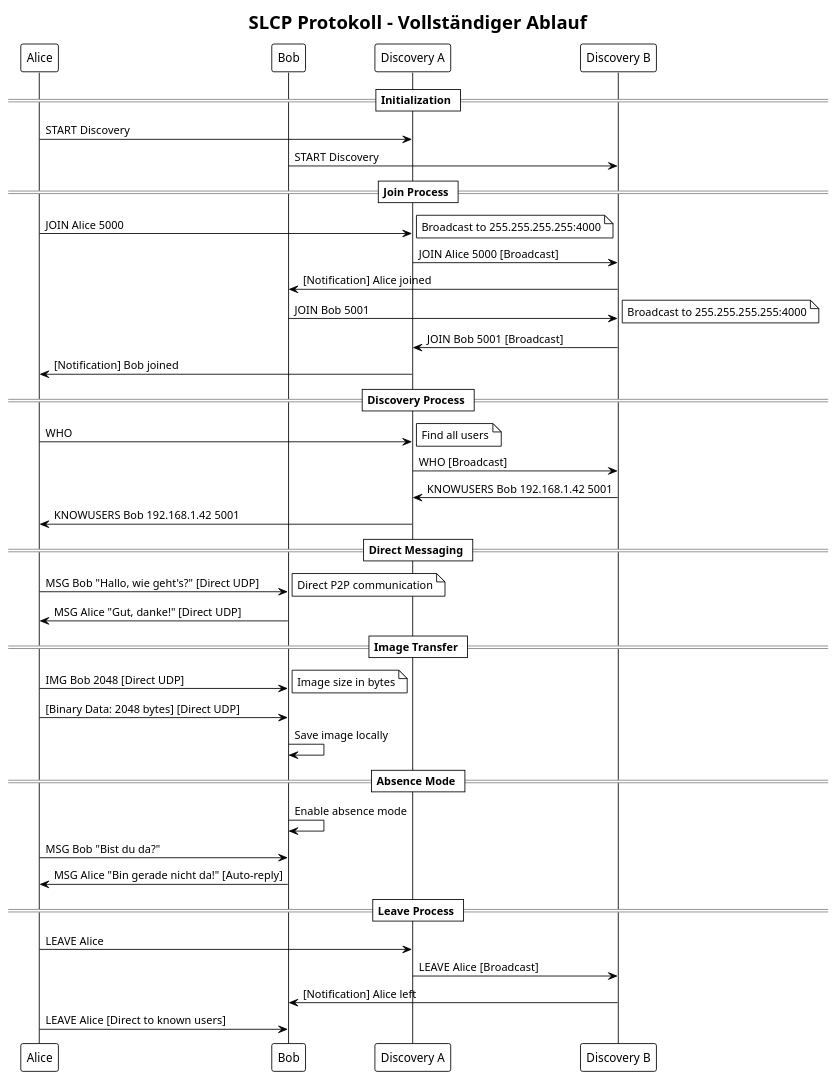
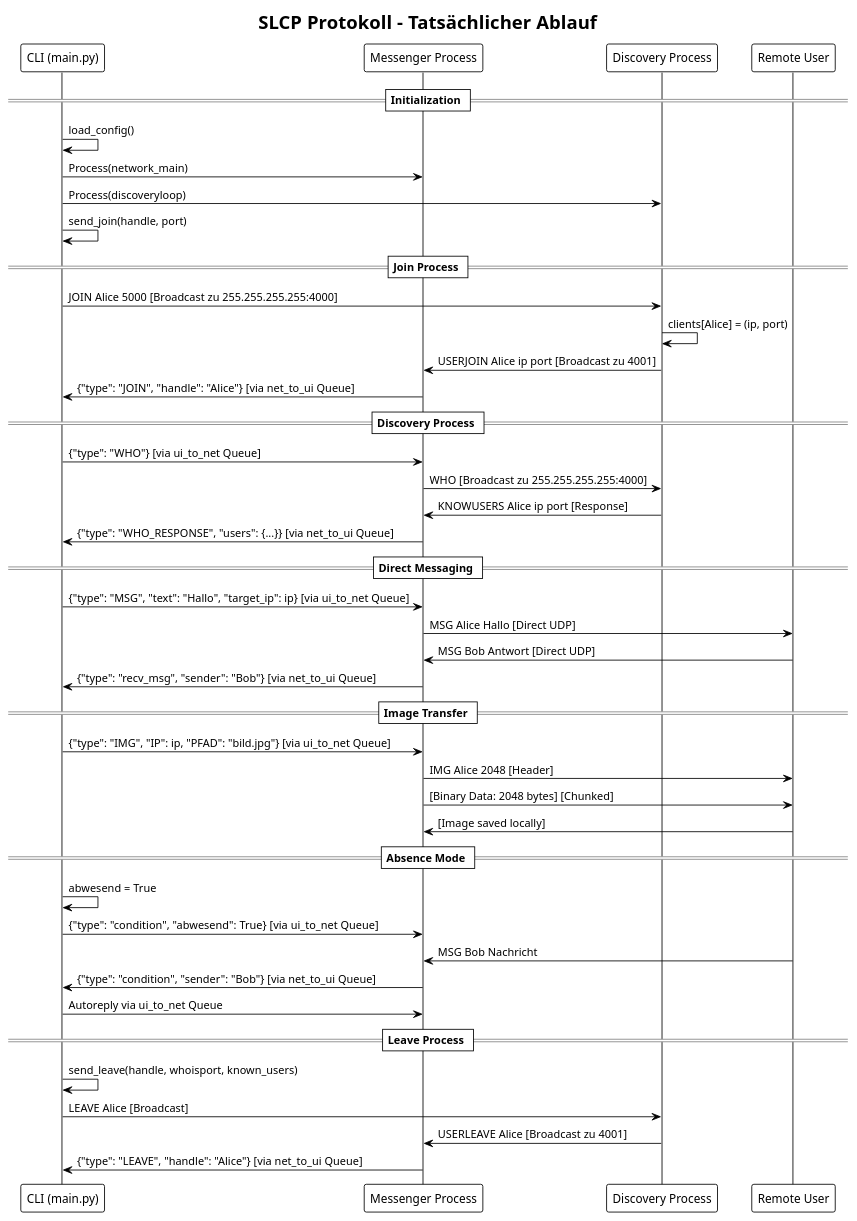
Before and after one commit to Woah-Nolde/P2PChat: the first of 3 diagrams in src/docs/plantuml/sequence_diagram.puml, drawn with PlantUML. The commit also changed other lines of this file and 4 other files, not shown here.

```diff
--- a/src/docs/plantuml/sequence_diagram.puml
+++ b/src/docs/plantuml/sequence_diagram.puml
@@ -2,54 +2,53 @@
 @startuml sequence_diagram
 !theme plain
-title SLCP Protokoll - Vollständiger Ablauf
+title SLCP Protokoll - Tatsächlicher Ablauf
 
-participant "Alice" as A
-participant "Bob" as B  
-participant "Discovery A" as DA
-participant "Discovery B" as DB
+participant "CLI (main.py)" as CLI
+participant "Messenger Process" as MSG
+participant "Discovery Process" as DISC
+participant "Remote User" as REMOTE
 
 == Initialization ==
-A -> DA : START Discovery
-B -> DB : START Discovery
+CLI -> CLI : load_config()
+CLI -> MSG : Process(network_main)
+CLI -> DISC : Process(discoveryloop)
+CLI -> CLI : send_join(handle, port)
 
 == Join Process ==
-A -> DA : JOIN Alice 5000
-note right: Broadcast to 255.255.255.255:4000
-DA -> DB : JOIN Alice 5000 [Broadcast]
-DB -> B : [Notification] Alice joined
-
-B -> DB : JOIN Bob 5001  
-note right: Broadcast to 255.255.255.255:4000
-DB -> DA : JOIN Bob 5001 [Broadcast]
-DA -> A : [Notification] Bob joined
+CLI -> DISC : JOIN Alice 5000 [Broadcast zu 255.255.255.255:4000]
+DISC -> DISC : clients[Alice] = (ip, port)
+DISC -> MSG : USERJOIN Alice ip port [Broadcast zu 4001]
+MSG -> CLI : {"type": "JOIN", "handle": "Alice"} [via net_to_ui Queue]
 
 == Discovery Process ==
-A -> DA : WHO
-note right: Find all users
-DA -> DB : WHO [Broadcast]
-DB -> DA : KNOWUSERS Bob 192.168.1.42 5001
-DA -> A : KNOWUSERS Bob 192.168.1.42 5001
+CLI -> MSG : {"type": "WHO"} [via ui_to_net Queue]
+MSG -> DISC : WHO [Broadcast zu 255.255.255.255:4000]
+DISC -> MSG : KNOWUSERS Alice ip port [Response]
+MSG -> CLI : {"type": "WHO_RESPONSE", "users": {...}} [via net_to_ui Queue]
 
 == Direct Messaging ==
-A -> B : MSG Bob "Hallo, wie geht's?" [Direct UDP]
-note right: Direct P2P communication
-B -> A : MSG Alice "Gut, danke!" [Direct UDP]
+CLI -> MSG : {"type": "MSG", "text": "Hallo", "target_ip": ip} [via ui_to_net Queue]
+MSG -> REMOTE : MSG Alice Hallo [Direct UDP]
+REMOTE -> MSG : MSG Bob Antwort [Direct UDP]
+MSG -> CLI : {"type": "recv_msg", "sender": "Bob"} [via net_to_ui Queue]
 
 == Image Transfer ==
-A -> B : IMG Bob 2048 [Direct UDP]
-note right: Image size in bytes
-A -> B : [Binary Data: 2048 bytes] [Direct UDP]
-B -> B : Save image locally
+CLI -> MSG : {"type": "IMG", "IP": ip, "PFAD": "bild.jpg"} [via ui_to_net Queue]
+MSG -> REMOTE : IMG Alice 2048 [Header]
+MSG -> REMOTE : [Binary Data: 2048 bytes] [Chunked]
+REMOTE -> MSG : [Image saved locally]
 
-== Absence Mode ==  
-B -> B : Enable absence mode
-A -> B : MSG Bob "Bist du da?"
-B -> A : MSG Alice "Bin gerade nicht da!" [Auto-reply]
+== Absence Mode ==
+CLI -> CLI : abwesend = True
+CLI -> MSG : {"type": "condition", "abwesend": True} [via ui_to_net Queue]
+REMOTE -> MSG : MSG Bob Nachricht
+MSG -> CLI : {"type": "condition", "sender": "Bob"} [via net_to_ui Queue]
+CLI -> MSG : Autoreply via ui_to_net Queue
 
 == Leave Process ==
-A -> DA : LEAVE Alice
-DA -> DB : LEAVE Alice [Broadcast]
-DB -> B : [Notification] Alice left
-A -> B : LEAVE Alice [Direct to known users]
+CLI -> CLI : send_leave(handle, whoisport, known_users)
+CLI -> DISC : LEAVE Alice [Broadcast]
+DISC -> MSG : USERLEAVE Alice [Broadcast zu 4001]
+MSG -> CLI : {"type": "LEAVE", "handle": "Alice"} [via net_to_ui Queue]
 
 @enduml
```
